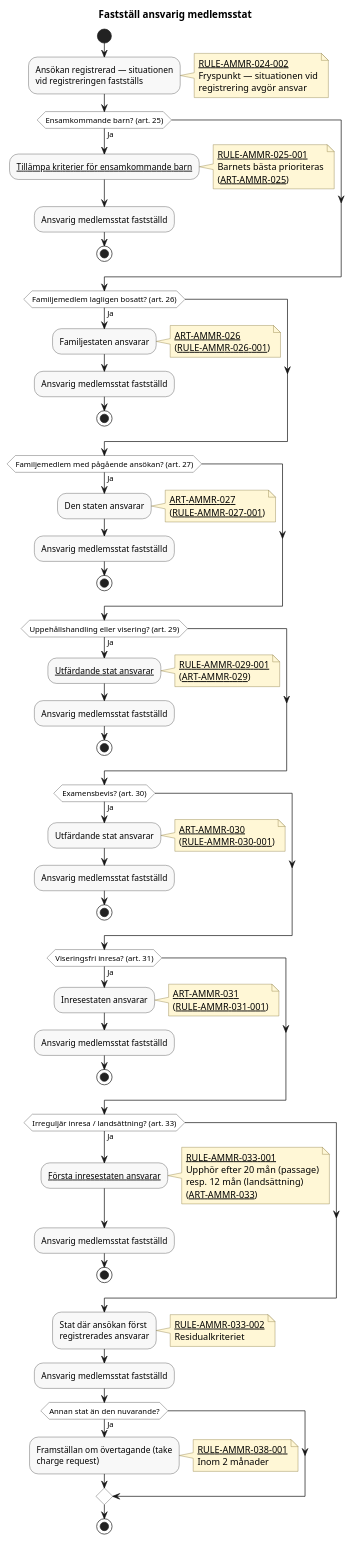
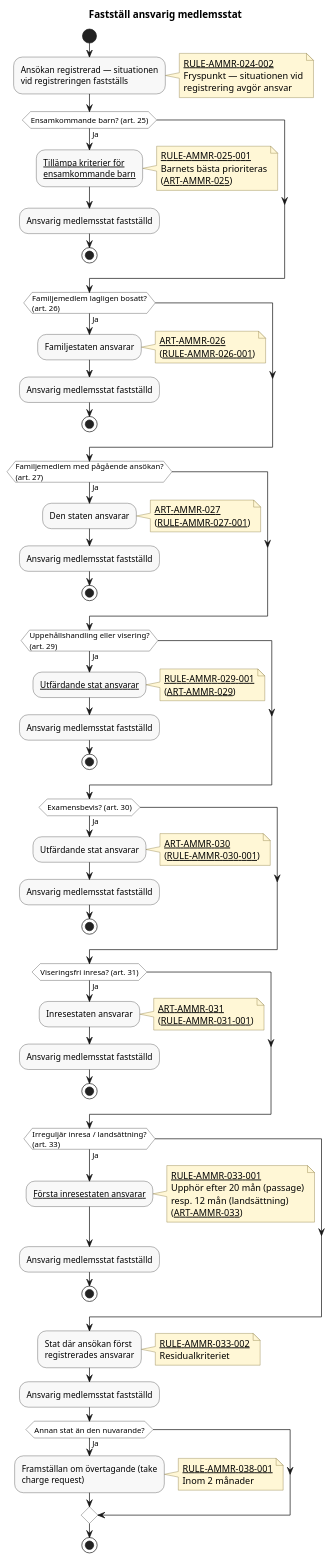
One commit to chrhe894/migration_pact changed the diagram in docs/domains/responsibility/diagrams/determine-responsible-member-state.pu. Above: the diagram before and after it, drawn with PlantUML. The commit also changed 21 other files, not shown here.

Commit message:
Fixes long activities in pu-diagram.

```diff
--- a/docs/domains/responsibility/diagrams/determine-responsible-member-state.pu
+++ b/docs/domains/responsibility/diagrams/determine-responsible-member-state.pu
@@ -17,120 +17,120 @@
 @startuml determine-responsible-member-state
 
 title Fastställ ansvarig medlemsstat
 
 skinparam shadowing false
 skinparam HyperlinkColor Black
 skinparam HyperlinkUnderline true
 skinparam defaultFontName Arial
 skinparam activity {
   BackgroundColor #F8F8F8
   BorderColor #333333
   DiamondBackgroundColor #FFFFFF
   DiamondBorderColor #333333
 }
 skinparam note {
   BackgroundColor #FFF7D6
   BorderColor #7A6A2A
 }
 
 start
 
 :Ansökan registrerad — situationen\nvid registreringen fastställs;
 note right
   [[../rules/rule-ammr-024-002.md RULE-AMMR-024-002]]
   Fryspunkt — situationen vid
   registrering avgör ansvar
 end note
 
 if (Ensamkommande barn? (art. 25)) then (Ja)
-  :[[../rules/rule-ammr-025-001.md Tillämpa kriterier för ensamkommande barn]];
+  :[[../rules/rule-ammr-025-001.md Tillämpa kriterier för\nensamkommande barn]];
   note right
     [[../rules/rule-ammr-025-001.md RULE-AMMR-025-001]]
     Barnets bästa prioriteras
     ([[../articles/ammr-025.md ART-AMMR-025]])
   end note
   :Ansvarig medlemsstat fastställd;
   stop
 endif
 
-if (Familjemedlem lagligen bosatt? (art. 26)) then (Ja)
+if (Familjemedlem lagligen bosatt?\n(art. 26)) then (Ja)
   :Familjestaten ansvarar;
   note right
     [[../articles/ammr-026.md ART-AMMR-026]]
     ([[../rules/rule-ammr-026-001.md RULE-AMMR-026-001]])
   end note
   :Ansvarig medlemsstat fastställd;
   stop
 endif
 
-if (Familjemedlem med pågående ansökan? (art. 27)) then (Ja)
+if (Familjemedlem med pågående ansökan?\n(art. 27)) then (Ja)
   :Den staten ansvarar;
   note right
     [[../articles/ammr-027.md ART-AMMR-027]]
     ([[../rules/rule-ammr-027-001.md RULE-AMMR-027-001]])
   end note
   :Ansvarig medlemsstat fastställd;
   stop
 endif
 
-if (Uppehållshandling eller visering? (art. 29)) then (Ja)
+if (Uppehållshandling eller visering?\n(art. 29)) then (Ja)
   :[[../rules/rule-ammr-029-001.md Utfärdande stat ansvarar]];
   note right
     [[../rules/rule-ammr-029-001.md RULE-AMMR-029-001]]
     ([[../articles/ammr-029.md ART-AMMR-029]])
   end note
   :Ansvarig medlemsstat fastställd;
   stop
 endif
 
 if (Examensbevis? (art. 30)) then (Ja)
   :Utfärdande stat ansvarar;
   note right
     [[../articles/ammr-030.md ART-AMMR-030]]
     ([[../rules/rule-ammr-030-001.md RULE-AMMR-030-001]])
   end note
   :Ansvarig medlemsstat fastställd;
   stop
 endif
 
 if (Viseringsfri inresa? (art. 31)) then (Ja)
   :Inresestaten ansvarar;
   note right
     [[../articles/ammr-031.md ART-AMMR-031]]
     ([[../rules/rule-ammr-031-001.md RULE-AMMR-031-001]])
   end note
   :Ansvarig medlemsstat fastställd;
   stop
 endif
 
-if (Irreguljär inresa / landsättning? (art. 33)) then (Ja)
+if (Irreguljär inresa / landsättning?\n(art. 33)) then (Ja)
   :[[../rules/rule-ammr-033-001.md Första inresestaten ansvarar]];
   note right
     [[../rules/rule-ammr-033-001.md RULE-AMMR-033-001]]
     Upphör efter 20 mån (passage)
     resp. 12 mån (landsättning)
     ([[../articles/ammr-033.md ART-AMMR-033]])
   end note
   :Ansvarig medlemsstat fastställd;
   stop
 endif
 
 :Stat där ansökan först\nregistrerades ansvarar;
 note right
   [[../rules/rule-ammr-033-002.md RULE-AMMR-033-002]]
   Residualkriteriet
 end note
 
 :Ansvarig medlemsstat fastställd;
 
 if (Annan stat än den nuvarande?) then (Ja)
   :Framställan om övertagande (take\ncharge request);
   note right
     [[../rules/rule-ammr-038-001.md RULE-AMMR-038-001]]
     Inom 2 månader
   end note
 endif
 
 stop
 
 @enduml
```
